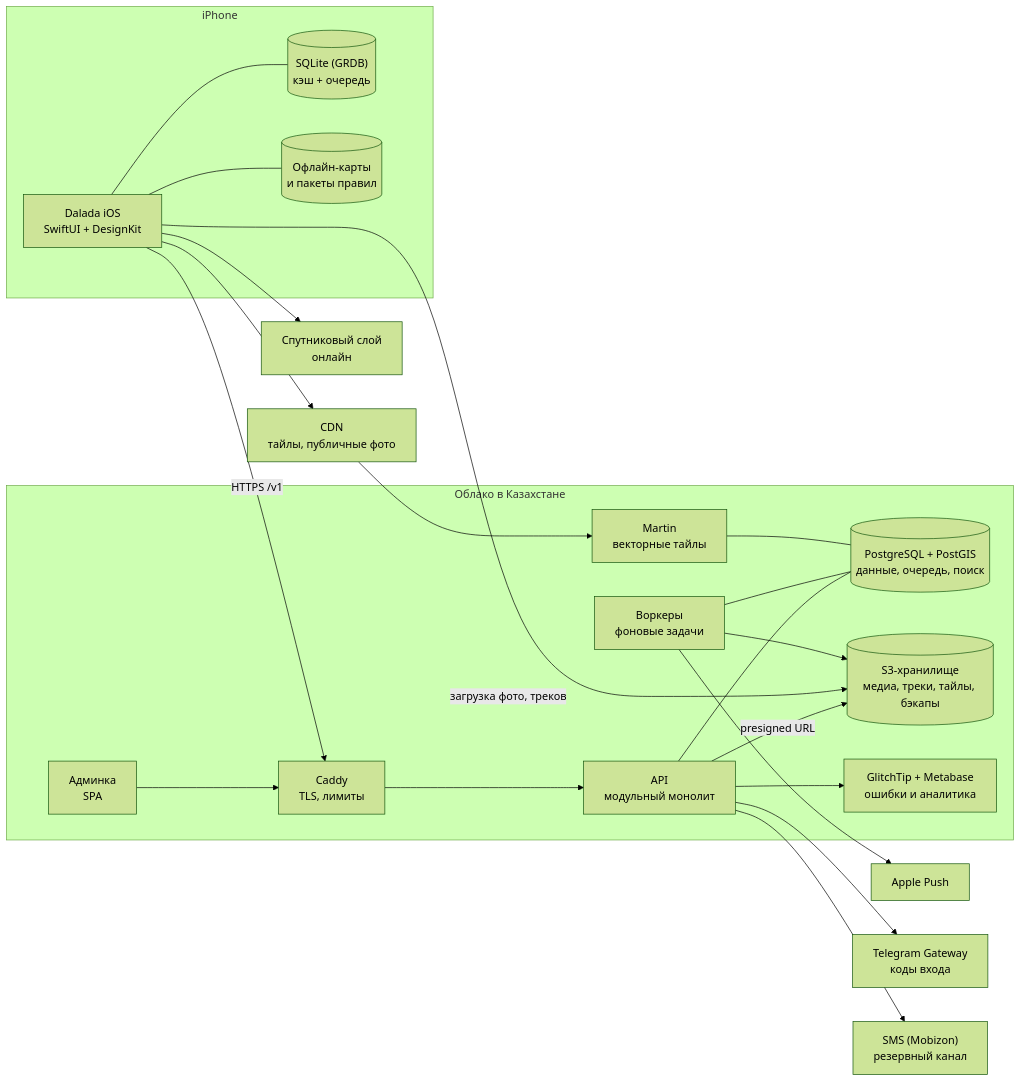
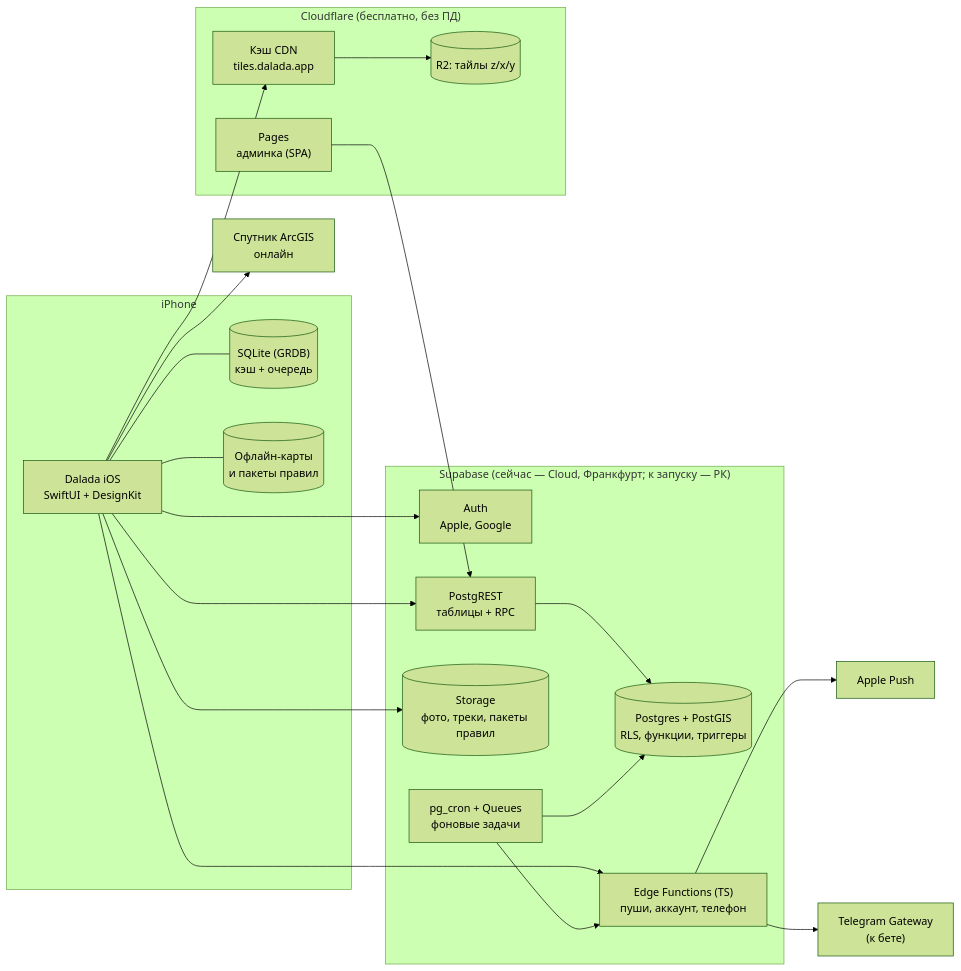
Before and after one commit to dkicekeeper/Camping: the diagram in docs/03-architecture/README.md, drawn with Mermaid (forest theme). The commit also changed other lines of this file and 10 other files, not shown here.

First line of the commit message:
Move architecture to Supabase with a zero-cost start

````diff
--- a/docs/03-architecture/README.md
+++ b/docs/03-architecture/README.md
@@ -30,42 +30,41 @@
 ```mermaid
 flowchart LR
   subgraph Device["iPhone"]
     App["Dalada iOS<br/>SwiftUI + DesignKit"]
     LDB[("SQLite (GRDB)<br/>кэш + очередь")]
     Packs[("Офлайн-карты<br/>и пакеты правил")]
     App --- LDB
     App --- Packs
   end
 
-  subgraph KZ["Облако в Казахстане"]
-    Proxy["Caddy<br/>TLS, лимиты"]
-    API["API<br/>модульный монолит"]
-    Worker["Воркеры<br/>фоновые задачи"]
-    PG[("PostgreSQL + PostGIS<br/>данные, очередь, поиск")]
-    S3[("S3-хранилище<br/>медиа, треки, тайлы, бэкапы")]
-    Martin["Martin<br/>векторные тайлы"]
-    Admin["Админка<br/>SPA"]
-    Obs["GlitchTip + Metabase<br/>ошибки и аналитика"]
+  subgraph SB["Supabase (сейчас — Cloud, Франкфурт; к запуску — РК)"]
+    Auth["Auth<br/>Apple, Google"]
+    REST["PostgREST<br/>таблицы + RPC"]
+    PG[("Postgres + PostGIS<br/>RLS, функции, триггеры")]
+    ST[("Storage<br/>фото, треки, пакеты правил")]
+    EF["Edge Functions (TS)<br/>пуши, аккаунт, телефон"]
+    Cron["pg_cron + Queues<br/>фоновые задачи"]
   end
 
-  CDN["CDN<br/>тайлы, публичные фото"]
+  subgraph CF["Cloudflare (бесплатно, без ПД)"]
+    R2[("R2: тайлы z/x/y")]
+    W["Кэш CDN<br/>tiles.dalada.app"]
+    Pages["Pages<br/>админка (SPA)"]
+  end
+
   APNs["Apple Push"]
-  TG["Telegram Gateway<br/>коды входа"]
-  SMS["SMS (Mobizon)<br/>резервный канал"]
-  Sat["Спутниковый слой<br/>онлайн"]
+  TG["Telegram Gateway<br/>(к бете)"]
+  Sat["Спутник ArcGIS<br/>онлайн"]
 
-  App -->|HTTPS /v1| Proxy --> API
-  Admin --> Proxy
-  API --- PG
-  Worker --- PG
-  API -->|presigned URL| S3
-  App -->|загрузка фото, треков| S3
-  Worker --> S3
-  Worker --> APNs
-  API --> TG
-  API --> SMS
-  Martin --- PG
-  App --> CDN --> Martin
+  App --> Auth
+  App --> REST --> PG
+  App --> ST
+  App --> EF
+  Cron --> PG
+  Cron --> EF
+  EF --> APNs
+  EF --> TG
+  App --> W --> R2
   App --> Sat
-  API --> Obs
+  Pages --> REST
 ```
````
